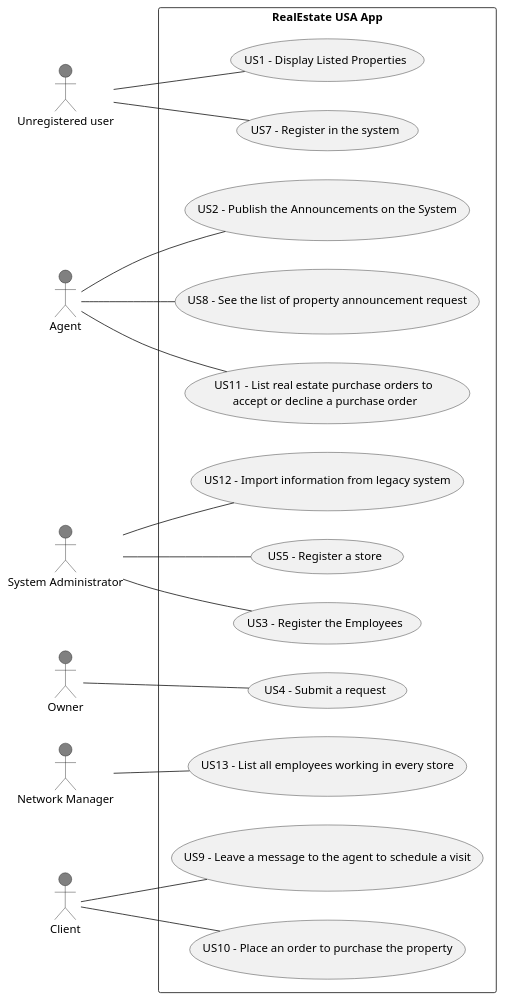
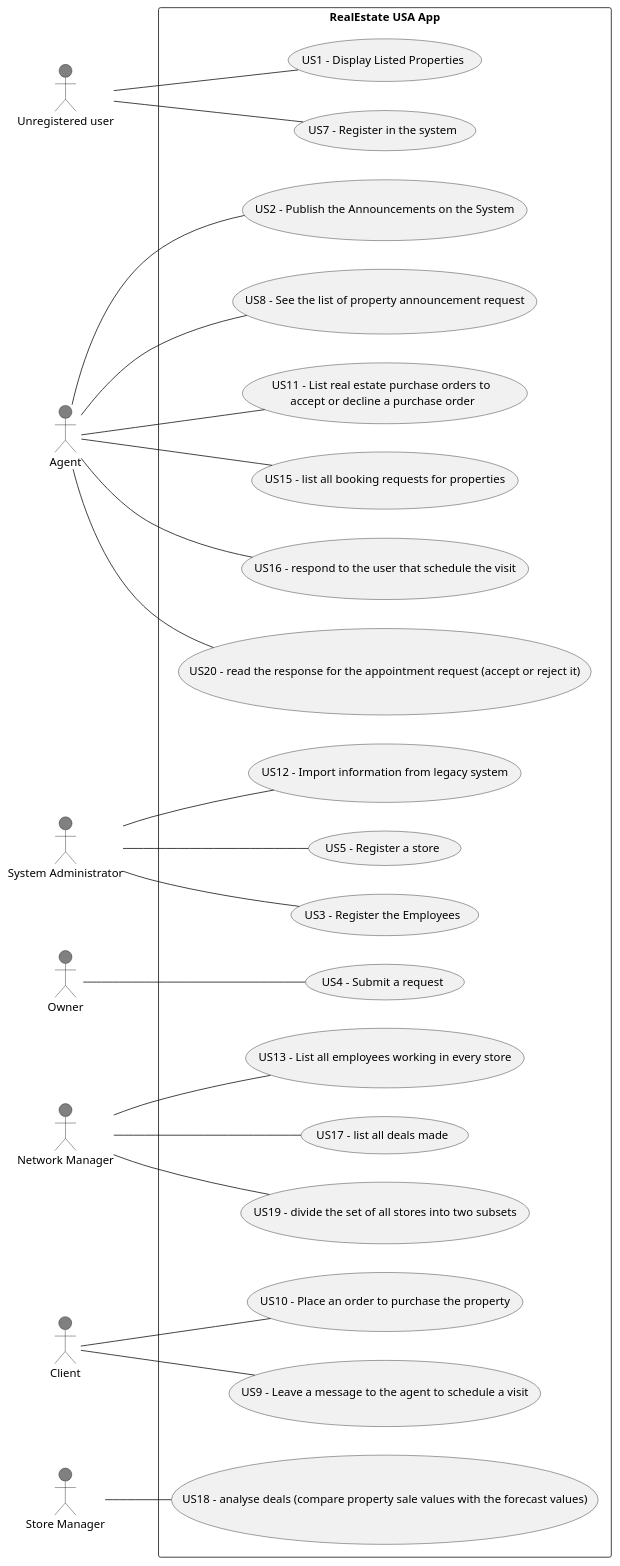
The diagram in docs/sprintD/global-artifacts/01.requirements-engineering/puml/use-case-diagram.puml (1220812/LAPR2), drawn with PlantUML before and after one commit. The commit also changed 8 other files, not shown here.

Commit message:
Use case diagram updated Some updates in the US017 - design

```diff
--- a/docs/sprintD/global-artifacts/01.requirements-engineering/puml/use-case-diagram.puml
+++ b/docs/sprintD/global-artifacts/01.requirements-engineering/puml/use-case-diagram.puml
@@ -1,37 +1,52 @@
 @startuml
 left to right direction
 
 actor "Unregistered user" as unUser #grey
 actor "Agent" as Agent #grey
 actor "System Administrator" as Admin #grey
 actor "Owner" as Owner #grey
 actor "Network Manager" as NM #grey
 actor "Client" as C #grey
+actor "Store Manager" as SM #grey
 
 rectangle "RealEstate USA App"{
  usecase "US1 - Display Listed Properties" as UC1
  usecase "US7 - Register in the system" as UC7
  usecase "US2 - Publish the Announcements on the System" as UC2
  usecase "US4 - Submit a request" as UC4
  usecase "US5 - Register a store" as UC5
  usecase "US8 - See the list of property announcement request" as UC8
  usecase "US9 - Leave a message to the agent to schedule a visit" as UC9
  usecase "US10 - Place an order to purchase the property" as UC10
  usecase "US12 - Import information from legacy system" as UC12
  usecase "US3 - Register the Employees" as UC3
  usecase "US11 - List real estate purchase orders to \naccept or decline a purchase order" as UC11
  usecase "US13 - List all employees working in every store" as UC13
+ usecase "US15 - list all booking requests for properties" as UC15
+ usecase "US16 - respond to the user that schedule the visit" as UC16
+ usecase "US17 - list all deals made" as UC17
+ usecase "US18 - analyse deals (compare property sale values with the forecast values)" as UC18
+ usecase "US19 - divide the set of all stores into two subsets" as UC19
+ usecase "US20 - read the response for the appointment request (accept or reject it)" as UC20
  }
+
  unUser -- UC1
  Agent -- UC2
  Admin -- UC5
  Admin -- UC3
  Owner -- UC4
  unUser -- UC7
  NM -- UC13
+ NM -- UC17
+ NM -- UC19
  Agent -- UC11
  Agent -- UC8
+ Agent -- UC15
+ Agent -- UC16
+ Agent -- UC20
  C -- UC9
  C -- UC10
+ SM -- UC18
+
 Admin -- UC12
 @enduml
```
